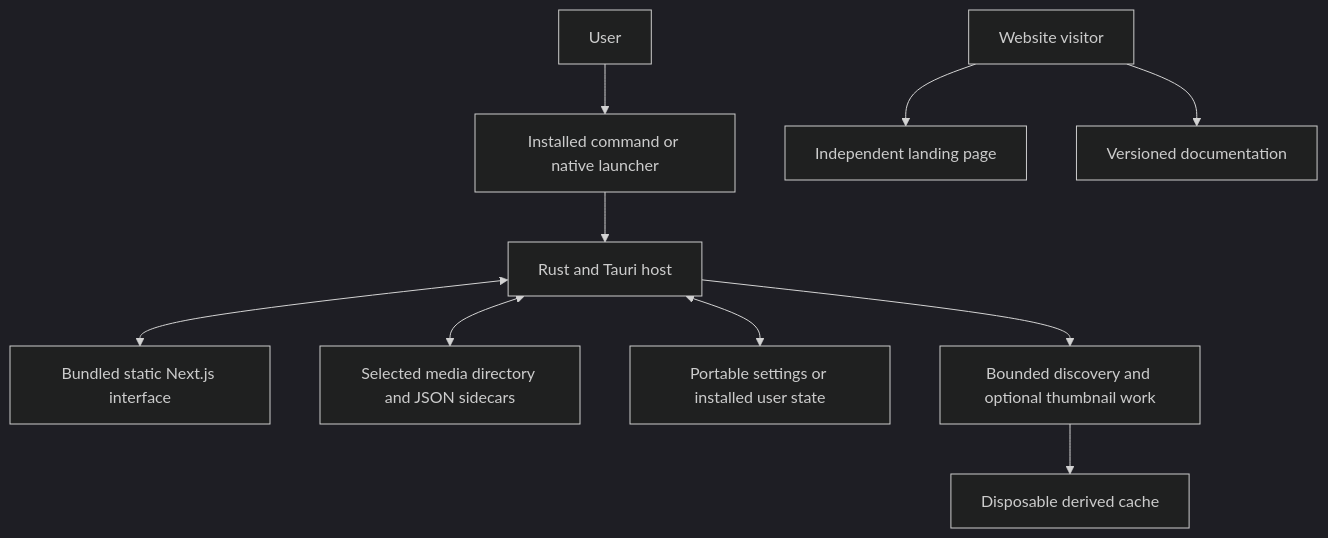
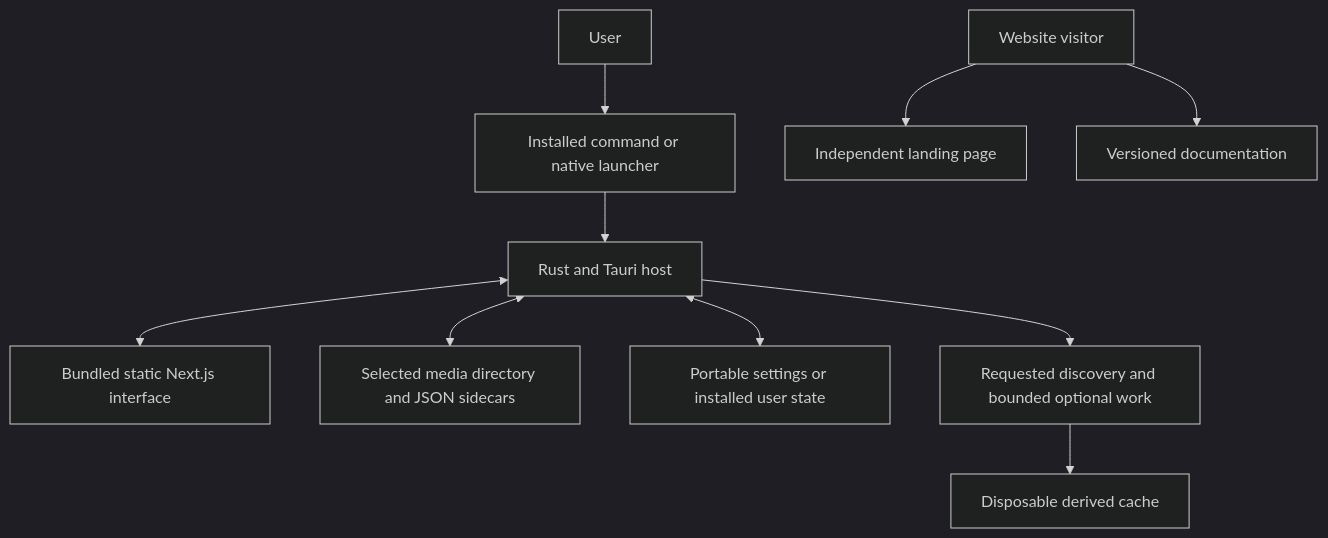
Before and after one commit to shruggietech/local-media-gallery: the diagram in docs/v0.0.0/architecture.md, drawn with Mermaid (dark theme). The commit also changed other lines of this file and 46 other files, not shown here.

````diff
--- a/docs/v0.0.0/architecture.md
+++ b/docs/v0.0.0/architecture.md
@@ -7,12 +7,12 @@
 ```mermaid
 flowchart TB
   User[User] --> Launch[Installed command or native launcher]
   Launch --> Host[Rust and Tauri host]
   Host <--> UI[Bundled static Next.js interface]
   Host <--> Media[Selected media directory and JSON sidecars]
   Host <--> Settings[Portable settings or installed user state]
-  Host --> Workers[Bounded discovery and optional thumbnail work]
+  Host --> Workers[Requested discovery and bounded optional work]
   Workers --> Cache[Disposable derived cache]
   Reader[Website visitor] --> Landing[Independent landing page]
   Reader --> Docs[Versioned documentation]
 ```
````
